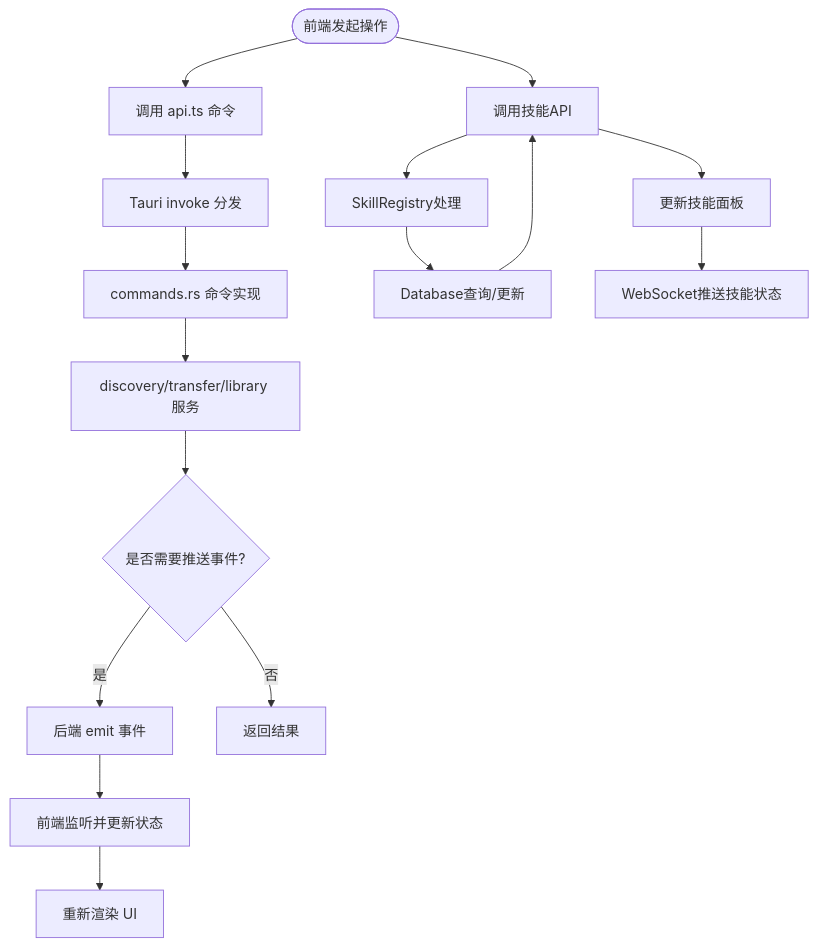
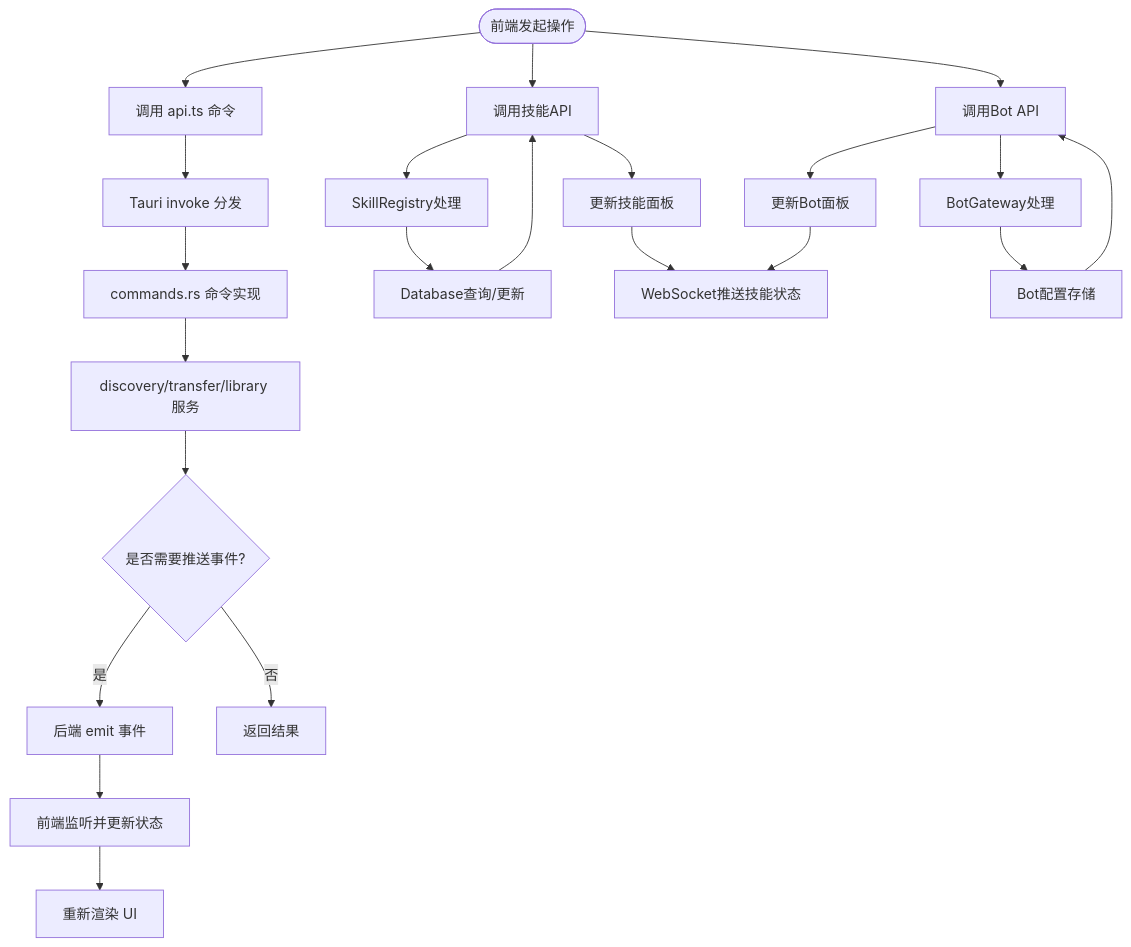
The fourth of 5 diagrams in .qoder/repowiki/zh/content/前端应用架构/前端应用架构.md (targalian/Personal-distributed-workstation), drawn with Mermaid before and after one commit. The commit also changed other lines of this file and 85 other files, not shown here.

````diff
--- a/.qoder/repowiki/zh/content/前端应用架构/前端应用架构.md
+++ b/.qoder/repowiki/zh/content/前端应用架构/前端应用架构.md
@@ -333,18 +381,24 @@
 ```mermaid
 flowchart TD
 Start(["前端发起操作"]) --> Invoke["调用 api.ts 命令"]
 Invoke --> TauriInvoke["Tauri invoke 分发"]
 TauriInvoke --> CmdImpl["commands.rs 命令实现"]
 CmdImpl --> ServiceOps["discovery/transfer/library 服务"]
 ServiceOps --> EmitEvt{"是否需要推送事件?"}
 EmitEvt --> |是| FrontEvt["后端 emit 事件"]
 FrontEvt --> FEListen["前端监听并更新状态"]
 EmitEvt --> |否| Done["返回结果"]
 FEListen --> Render["重新渲染 UI"]
 Start --> SkillsAPI["调用技能API"]
 SkillsAPI --> SkillRegistry["SkillRegistry处理"]
 SkillRegistry --> SkillDB["Database查询/更新"]
 SkillDB --> SkillsAPI
 SkillsAPI --> SkillsUI["更新技能面板"]
 SkillsUI --> WS["WebSocket推送技能状态"]
+Start --> BotAPI["调用Bot API"]
+BotAPI --> BotGW["BotGateway处理"]
+BotGW --> BotDB["Bot配置存储"]
+BotDB --> BotAPI
+BotAPI --> BotUI["更新Bot面板"]
+BotUI --> WS
 ```
````
